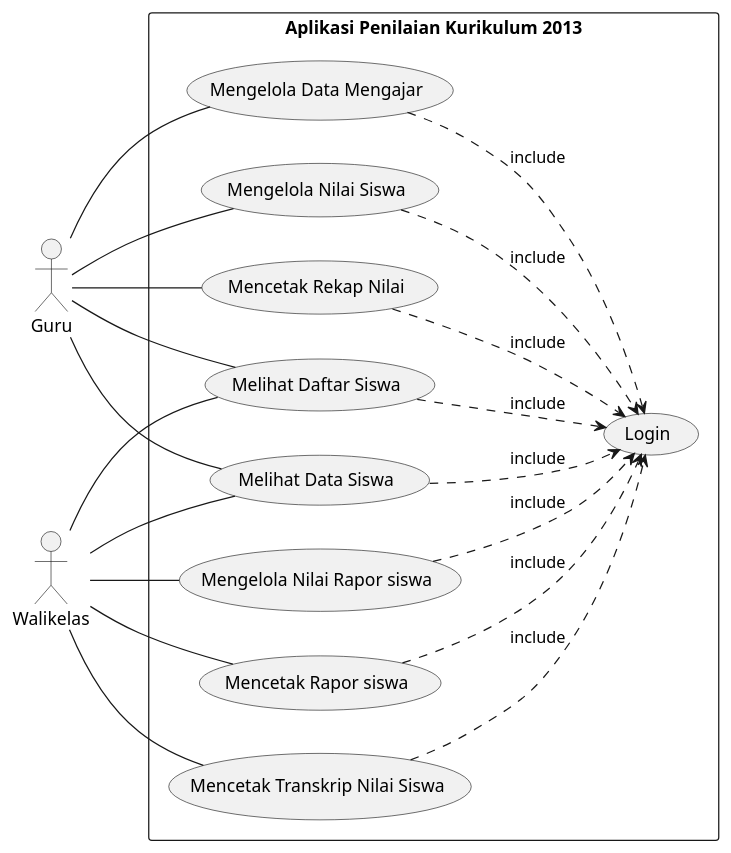
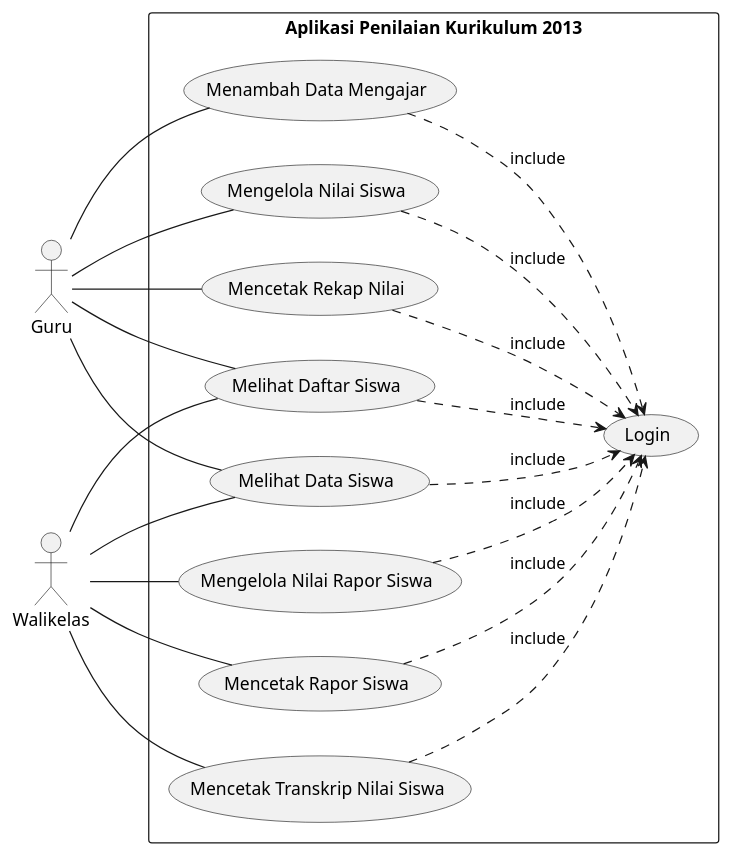
One commit to rez-f/SmartGuru changed the diagram in app/src/main/java/apps/rez/com/smartguru/UML/Use Case.puml. Above: the diagram before and after it, drawn with PlantUML. The commit also changed 57 other files, not shown here.

```diff
--- a/app/src/main/java/apps/rez/com/smartguru/UML/Use Case.puml
+++ b/app/src/main/java/apps/rez/com/smartguru/UML/Use Case.puml
@@ -1,32 +1,32 @@
 @startuml
 Left to Right Direction
 skinParam packageStyle rectangle
 actor Guru
 actor Walikelas
 
 rectangle "Aplikasi Penilaian Kurikulum 2013"{
 
-    Guru -- (Mengelola Data Mengajar)
+    Guru -- (Menambah Data Mengajar)
     Guru -- (Melihat Daftar Siswa)
     Guru -- (Mengelola Nilai Siswa)
     Guru -- (Mencetak Rekap Nilai)
     Guru -- (Melihat Data Siswa)
     Walikelas -- (Melihat Daftar Siswa)
     Walikelas -- (Melihat Data Siswa)
-    Walikelas -- (Mengelola Nilai Rapor siswa)
-    Walikelas -- (Mencetak Rapor siswa)
+    Walikelas -- (Mengelola Nilai Rapor Siswa)
+    Walikelas -- (Mencetak Rapor Siswa)
     Walikelas -- (Mencetak Transkrip Nilai Siswa)
 
-    (Mengelola Data Mengajar)..> (Login) : include
+    (Menambah Data Mengajar)..> (Login) : include
     (Mengelola Nilai Siswa)..> (Login) : include
     (Mencetak Rekap Nilai)..> (Login) : include
 
     (Melihat Daftar Siswa)..> (Login) : include
     (Melihat Data Siswa)..> (Login) : include
-    (Mengelola Nilai Rapor siswa)..> (Login) : include
-    (Mencetak Rapor siswa)..> (Login) : include
+    (Mengelola Nilai Rapor Siswa)..> (Login) : include
+    (Mencetak Rapor Siswa)..> (Login) : include
     (Mencetak Transkrip Nilai Siswa)..> (Login) : include
 
 }
 
 @enduml
```
